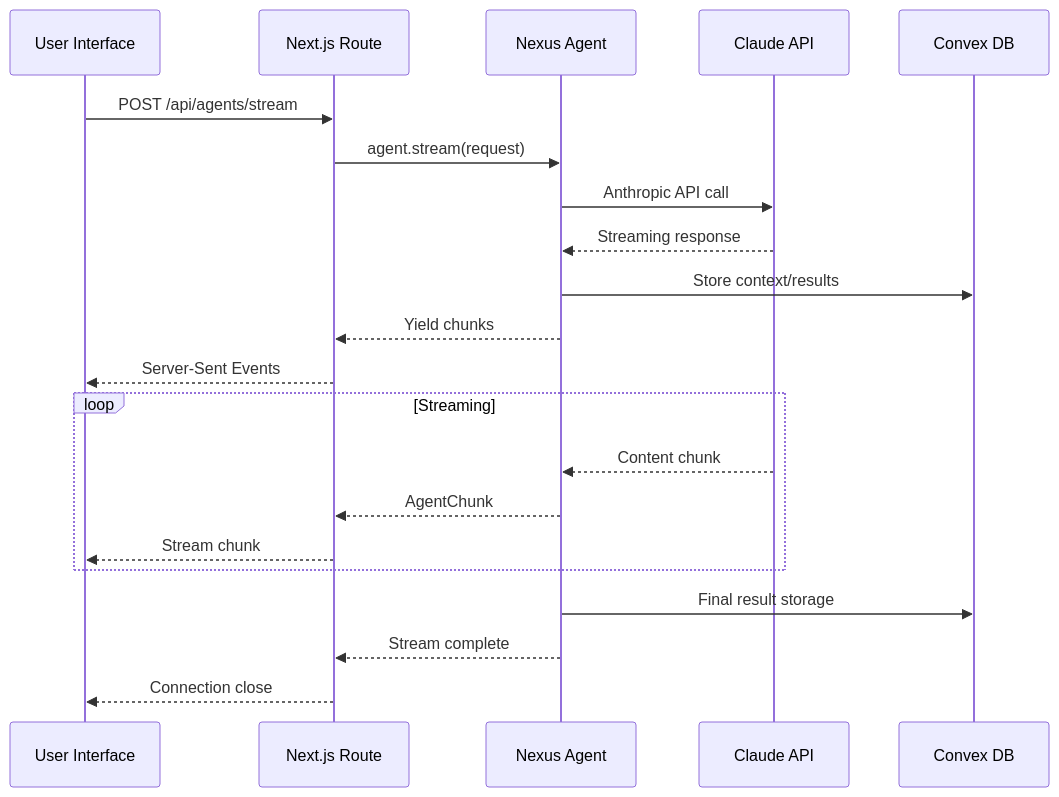
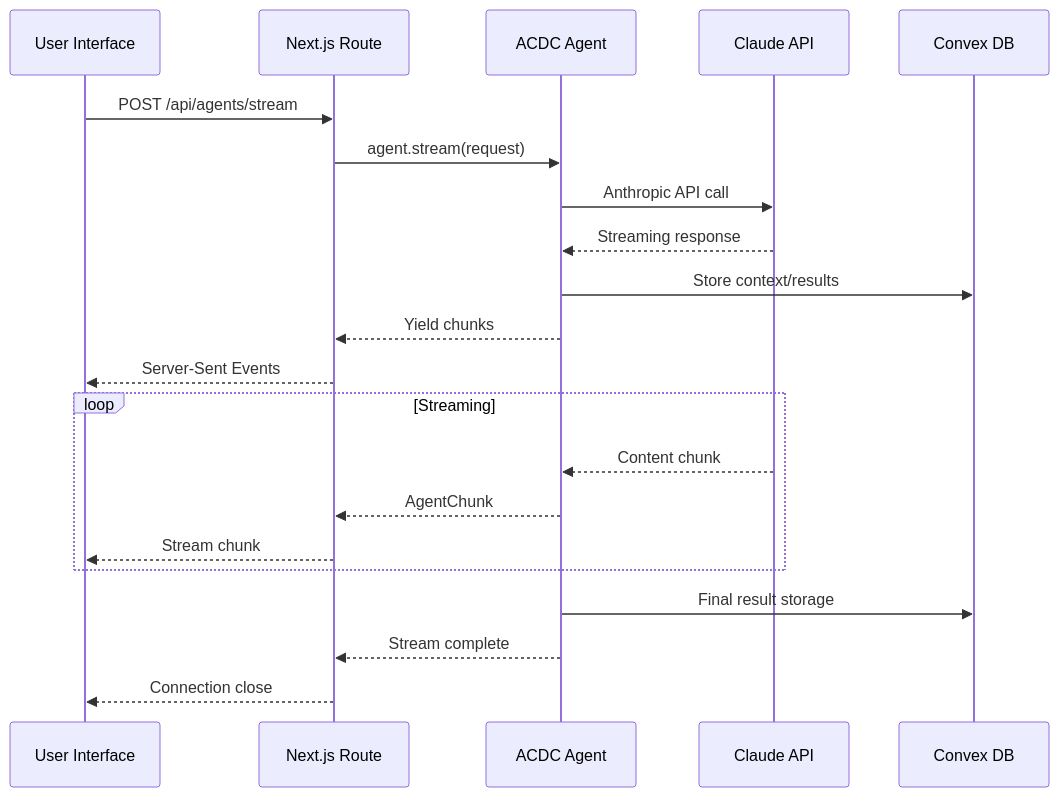
Before and after one commit to acdc-digital/acdc-digital: the second of 4 diagrams in .agents/agentic-framework-implementation-guide.md, drawn with Mermaid. The commit also changed other lines of this file and 12 other files, not shown here.

First line of the commit message:
Rebrand: Rename Nexus Framework to ACDC Framework

````diff
--- a/.agents/agentic-framework-implementation-guide.md
+++ b/.agents/agentic-framework-implementation-guide.md
@@ -632,26 +632,26 @@
 ```mermaid
 sequenceDiagram
     participant U as User Interface
     participant R as Next.js Route
-    participant A as Nexus Agent
+    participant A as ACDC Agent
     participant C as Claude API
     participant D as Convex DB
     
     U->>R: POST /api/agents/stream
     R->>A: agent.stream(request)
     A->>C: Anthropic API call
     C-->>A: Streaming response
     A->>D: Store context/results
     A-->>R: Yield chunks
     R-->>U: Server-Sent Events
     
     loop Streaming
         C-->>A: Content chunk
         A-->>R: AgentChunk
         R-->>U: Stream chunk
     end
     
     A->>D: Final result storage
     A-->>R: Stream complete
     R-->>U: Connection close
 ```
````
